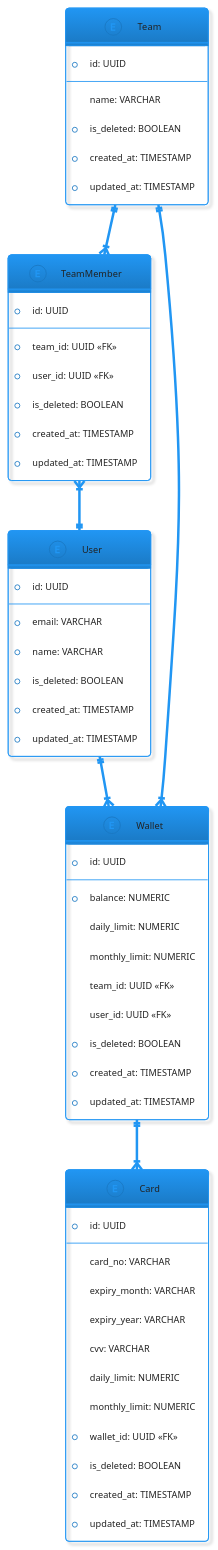
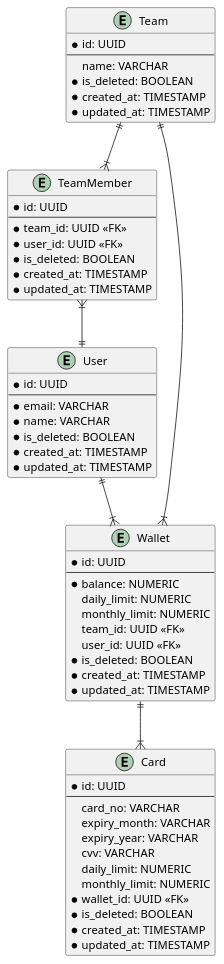
One commit to renodesper/spenmo-test changed the diagram in docs/diagram/spenmo-wallet.puml. Above: the diagram before and after it, drawn with PlantUML. The commit also changed 3 other files, not shown here.

```diff
--- a/docs/diagram/spenmo-wallet.puml
+++ b/docs/diagram/spenmo-wallet.puml
@@ -1,70 +1,68 @@
 @startuml spenmo-wallet
-
-!theme materia-outline
 
 ' Entity
 entity Team {
   * id: UUID
   --
   name: VARCHAR
   * is_deleted: BOOLEAN
   * created_at: TIMESTAMP
   * updated_at: TIMESTAMP
 }
 
 entity TeamMember {
   * id: UUID
   --
   * team_id: UUID <<FK>>
   * user_id: UUID <<FK>>
   * is_deleted: BOOLEAN
   * created_at: TIMESTAMP
   * updated_at: TIMESTAMP
 }
 
 entity User {
   * id: UUID
   --
   * email: VARCHAR
   * name: VARCHAR
   * is_deleted: BOOLEAN
   * created_at: TIMESTAMP
   * updated_at: TIMESTAMP
 }
 
 entity Wallet {
   * id: UUID
   --
   * balance: NUMERIC
   daily_limit: NUMERIC
   monthly_limit: NUMERIC
   team_id: UUID <<FK>>
   user_id: UUID <<FK>>
   * is_deleted: BOOLEAN
   * created_at: TIMESTAMP
   * updated_at: TIMESTAMP
 }
 
 entity Card {
   * id: UUID
   --
   card_no: VARCHAR
   expiry_month: VARCHAR
   expiry_year: VARCHAR
   cvv: VARCHAR
   daily_limit: NUMERIC
   monthly_limit: NUMERIC
   * wallet_id: UUID <<FK>>
   * is_deleted: BOOLEAN
   * created_at: TIMESTAMP
   * updated_at: TIMESTAMP
 }
 
 ' Relationship
 Team        ||--|{  TeamMember
 TeamMember  }|--||  User
 User        ||--|{  Wallet
 Wallet      ||--|{  Card
 Team        ||--|{  Wallet
 
 @enduml
```
